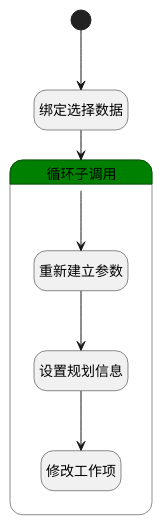
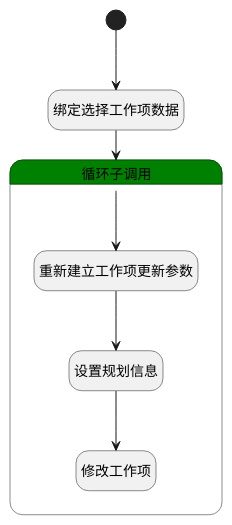
Before and after one commit to iBizLab/plm: the diagram in doc/docsify/module/ProjMgmt/work_item/logic/plan_work_item.md, drawn with PlantUML. The commit also changed other lines of this file and 1778 other files, not shown here.

````diff
--- a/doc/docsify/module/ProjMgmt/work_item/logic/plan_work_item.md
+++ b/doc/docsify/module/ProjMgmt/work_item/logic/plan_work_item.md
@@ -7,28 +7,28 @@
 ```plantuml
 @startuml
 hide empty description
 <style>
 root {
   HyperlinkColor #42b983
 }
 </style>
 
 hide empty description
 state "开始" as Begin <<start>> [[$./plan_work_item#begin {"开始"}]]
-state "绑定选择数据" as BINDPARAM1  [[$./plan_work_item#bindparam1 {"绑定选择数据"}]]
+state "绑定选择工作项数据" as BINDPARAM1  [[$./plan_work_item#bindparam1 {"绑定选择工作项数据"}]]
 state "循环子调用" as LOOPSUBCALL1  [[$./plan_work_item#loopsubcall1 {"循环子调用"}]] #green {
-state "重新建立参数" as RENEWPARAM1  [[$./plan_work_item#renewparam1 {"重新建立参数"}]]
+state "重新建立工作项更新参数" as RENEWPARAM1  [[$./plan_work_item#renewparam1 {"重新建立工作项更新参数"}]]
 state "设置规划信息" as PREPAREPARAM1  [[$./plan_work_item#prepareparam1 {"设置规划信息"}]]
 state "修改工作项" as DEACTION1  [[$./plan_work_item#deaction1 {"修改工作项"}]]
 }
 
 
 Begin --> BINDPARAM1
 BINDPARAM1 --> LOOPSUBCALL1
 LOOPSUBCALL1 --> RENEWPARAM1
 RENEWPARAM1 --> PREPAREPARAM1
 PREPAREPARAM1 --> DEACTION1
 
 
 @enduml
 ```
````
